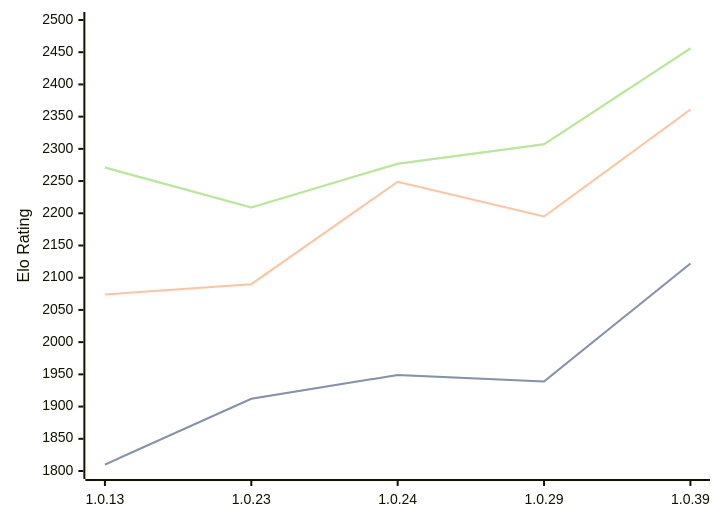
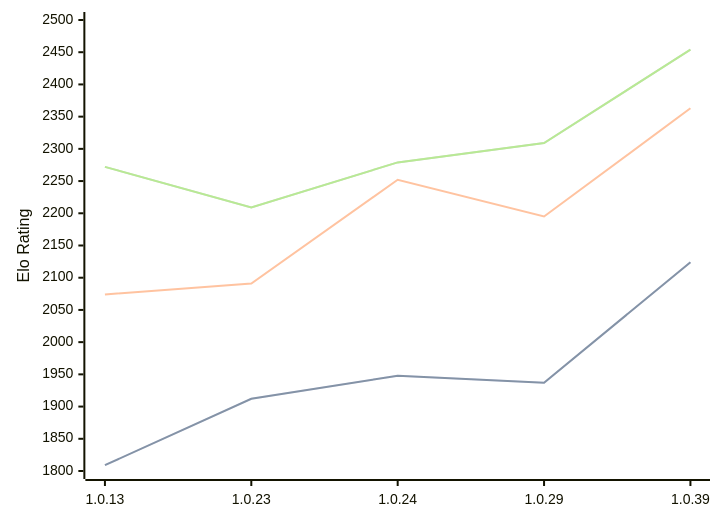
The diagram in engines/RustyRival.md (computer-chess-index/cci), drawn with Mermaid before and after one commit. The commit also changed other lines of this file, not shown here.

Commit message:
Update CCI Ratings (ELO VLTC) - 2026-04-25

````diff
--- a/engines/RustyRival.md
+++ b/engines/RustyRival.md
@@ -66,11 +67,11 @@
 ```mermaid
 %%{init: {"theme":"base","themeVariables":{"seriesColors:['#a3a3a3','#222221','#faa371']}}}%%
 xychart-beta
   x-axis ["1.0.13", "1.0.23", "1.0.24", "1.0.29", "1.0.39"]
   y-axis "Elo Rating" 1800 --> 2500
-  line "STC (8.0+0.08s)" [1810, 1912, 1949, 1939, 2122]
-  line "STC (8.0+0.08s)" [1810, 1912, 1949, 1939, 2122]
-  line "LTC (60.0+0.60s)" [2074, 2090, 2249, 2195, 2361]
-  line "VLTC (2m24s+1.12s)" [2271, 2209, 2277, 2307, 2456]
-  line "VLTC (2m24s+1.12s)" [2271, 2209, 2277, 2307, 2456]
+  line "STC (8.0+0.08s)" [1809, 1912, 1948, 1937, 2124]
+  line "STC (8.0+0.08s)" [1809, 1912, 1948, 1937, 2124]
+  line "LTC (60.0+0.60s)" [2074, 2091, 2252, 2195, 2363]
+  line "VLTC (2m24s+1.12s)" [2272, 2209, 2279, 2309, 2454]
+  line "VLTC (2m24s+1.12s)" [2272, 2209, 2279, 2309, 2454]
 ```
````
